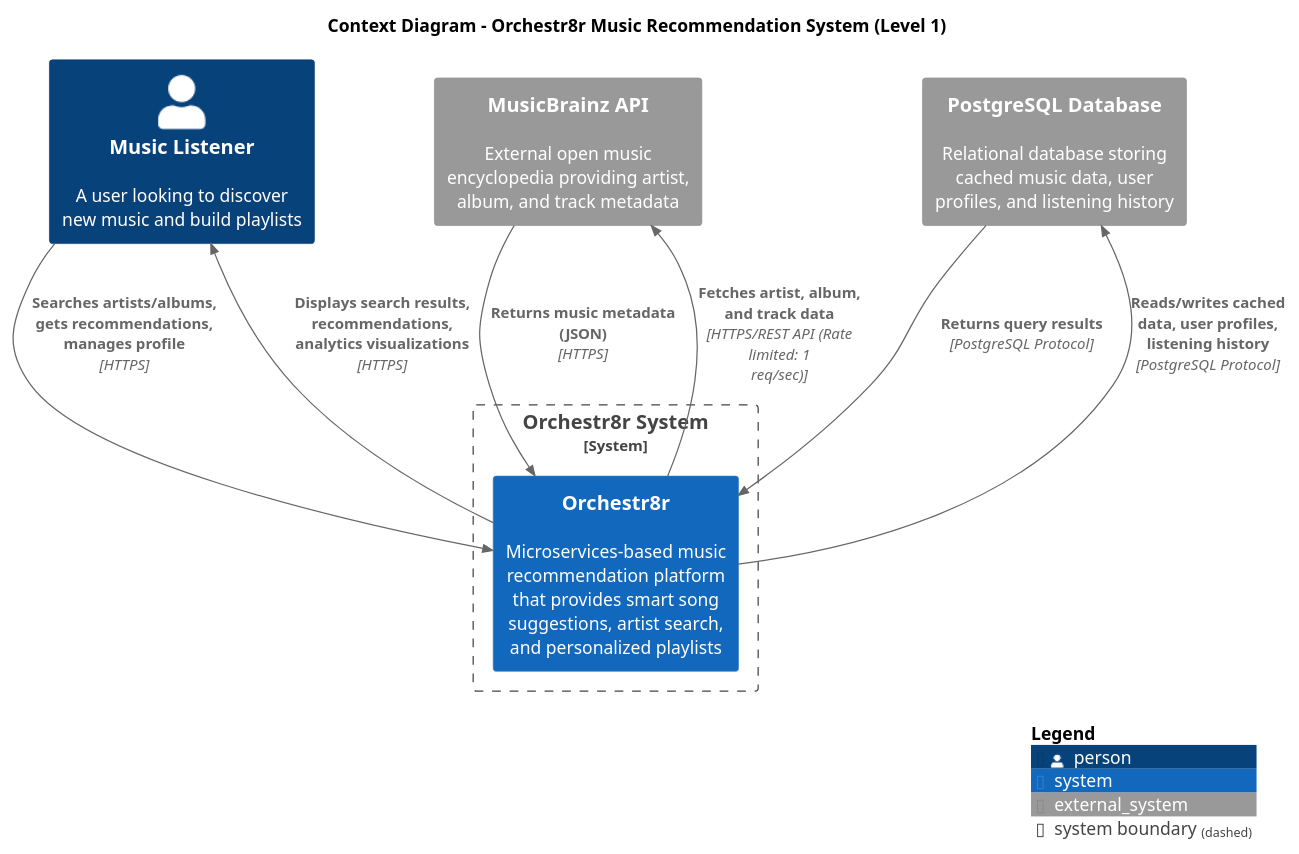
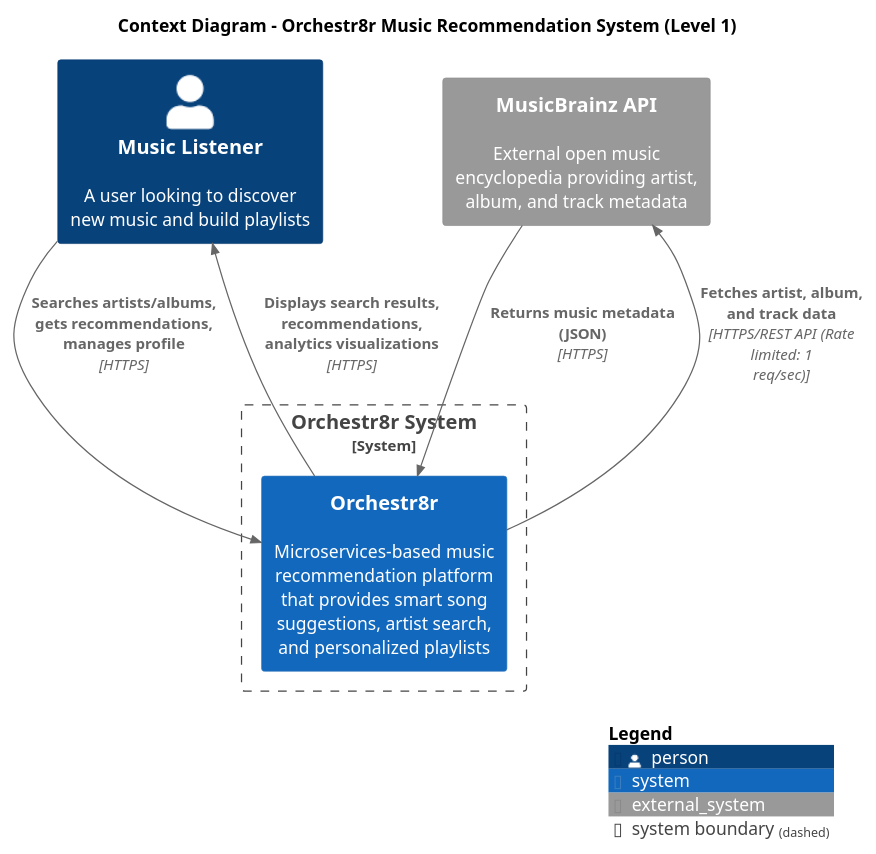
The diagram in structural_views/1 - Context/Context_Diagram.puml (RobotCosmonaut/musicbrainz-app), drawn with PlantUML before and after one commit. The commit also changed 4 other files, not shown here.

Commit message:
Updates in README, Context diagram, and app.py

```diff
--- a/structural_views/1 - Context/Context_Diagram.puml
+++ b/structural_views/1 - Context/Context_Diagram.puml
@@ -1,29 +1,24 @@
 @startuml
 !include https://raw.githubusercontent.com/plantuml-stdlib/C4-PlantUML/master/C4_Context.puml
 
 LAYOUT_WITH_LEGEND()
 
 title Context Diagram - Orchestr8r Music Recommendation System (Level 1)
 
 Person(user, "Music Listener", "A user looking to discover new music and build playlists")
 
 System_Boundary(orchestr8r, "Orchestr8r System") {
     System(orchestr8r_app, "Orchestr8r", "Microservices-based music recommendation platform that provides smart song suggestions, artist search, and personalized playlists")
 }
 
 System_Ext(musicbrainz, "MusicBrainz API", "External open music encyclopedia providing artist, album, and track metadata")
 
-System_Ext(postgres, "PostgreSQL Database", "Relational database storing cached music data, user profiles, and listening history")
-
 Rel(user, orchestr8r_app, "Searches artists/albums, gets recommendations, manages profile", "HTTPS")
 Rel(orchestr8r_app, user, "Displays search results, recommendations, analytics visualizations", "HTTPS")
 
 Rel(orchestr8r_app, musicbrainz, "Fetches artist, album, and track data", "HTTPS/REST API (Rate limited: 1 req/sec)")
 Rel(musicbrainz, orchestr8r_app, "Returns music metadata (JSON)", "HTTPS")
 
-Rel(orchestr8r_app, postgres, "Reads/writes cached data, user profiles, listening history", "PostgreSQL Protocol")
-Rel(postgres, orchestr8r_app, "Returns query results", "PostgreSQL Protocol")
-
 SHOW_LEGEND()
 
 @enduml
```
